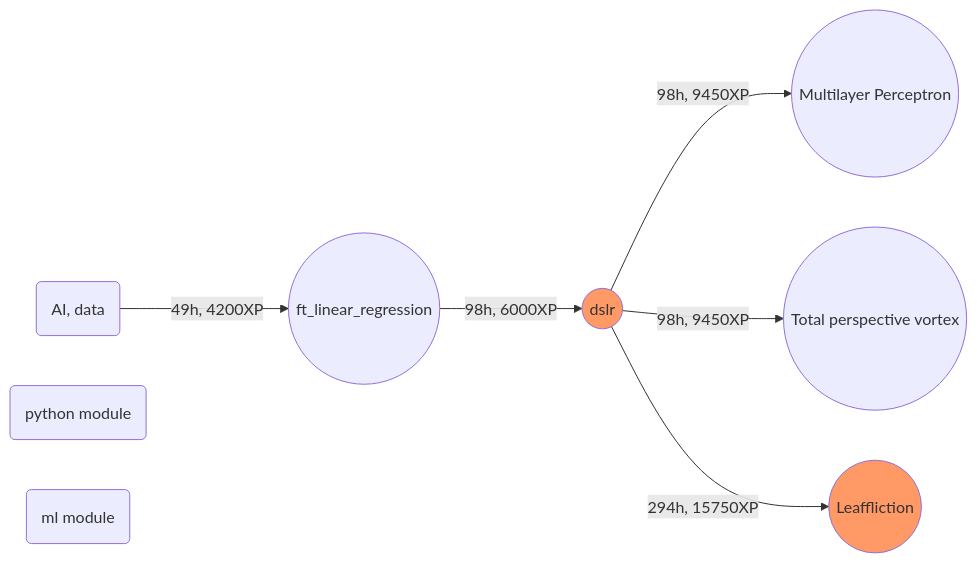
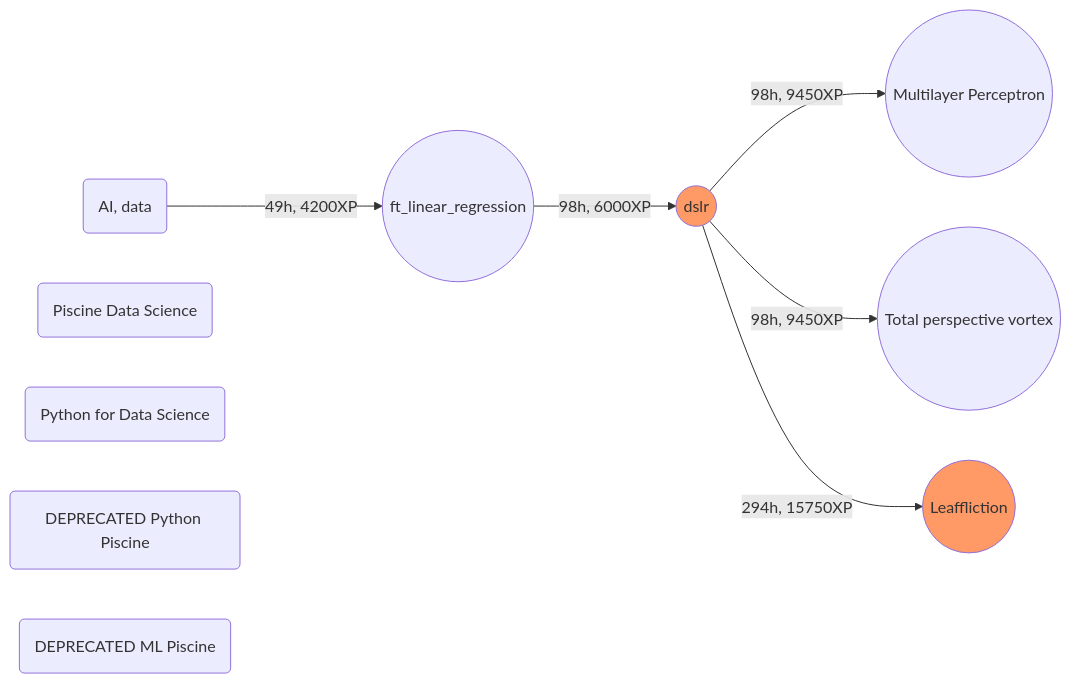
One commit to jmcheon/algo_ai_data_branch changed the third of 4 diagrams in README.md. Above: the diagram before and after it, drawn with Mermaid. The commit also changed other lines of this file, not shown here.

````diff
--- a/README.md
+++ b/README.md
@@ -76,12 +78,14 @@
 ```mermaid
 flowchart LR
-	a(python module)
-	b(ml module)
+	a1(Piscine Data Science)
+	b2(Python for Data Science)
+	a(DEPRECATED Python Piscine)
+	b(DEPRECATED ML Piscine)
 	0(AI, data) --49h, 4200XP--> A((ft_linear_regression))
 	B((dslr)):::group
 	A((ft_linear_regression)) --98h, 6000XP --> B
 	B -- 98h, 9450XP --> C((Multilayer Perceptron))
 	B -- 98h, 9450XP --> D((Total perspective vortex))
 	B -- 294h, 15750XP --> E((Leaffliction)):::group
     classDef group fill:#f96
 ```
````
